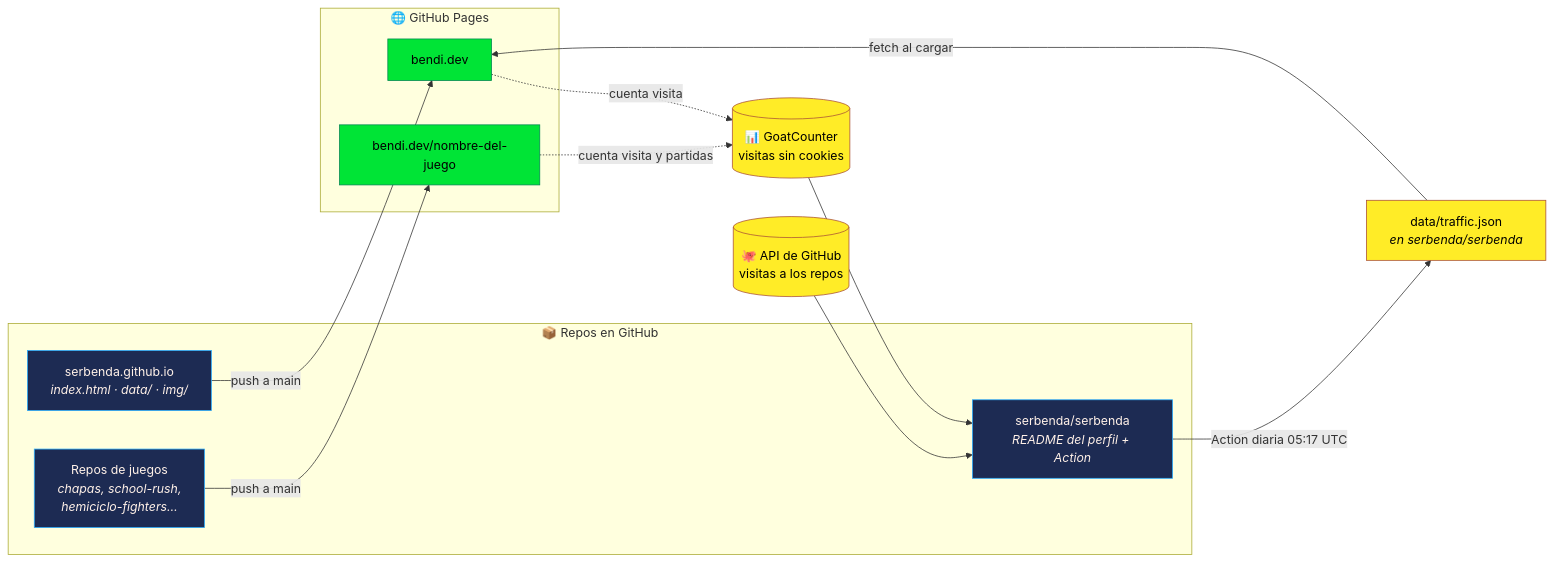
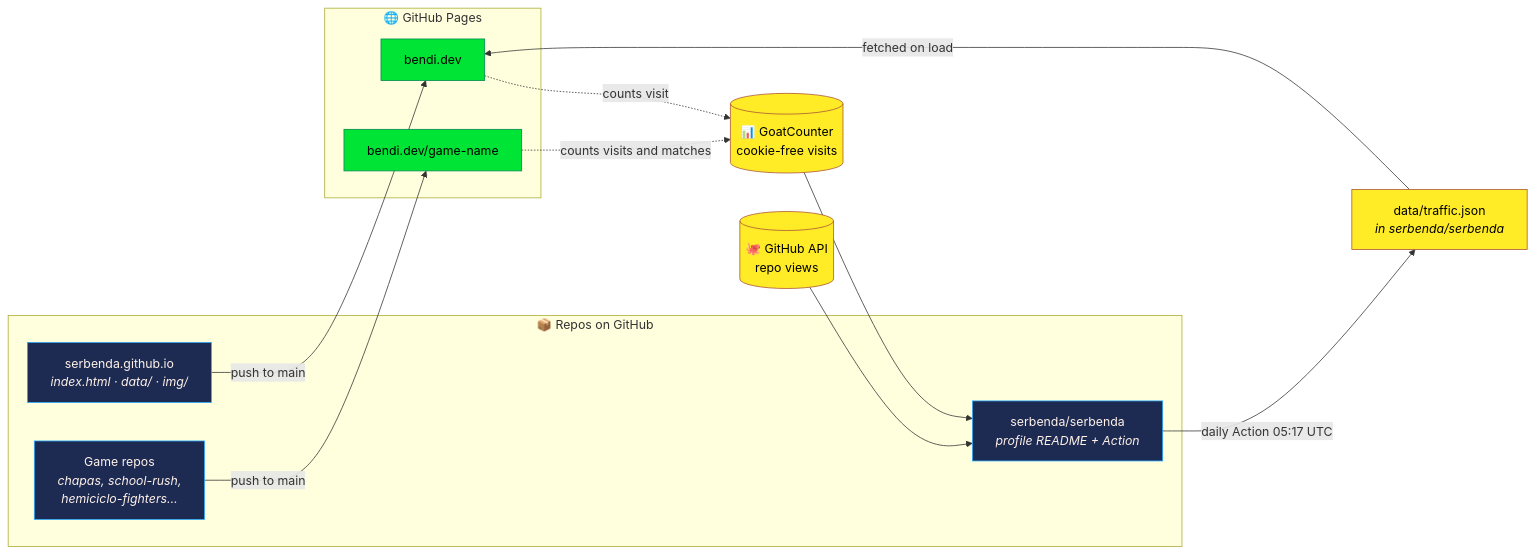
One commit to serbenda/serbenda.github.io changed the first of 2 diagrams in README.md. Above: the diagram before and after it, drawn with Mermaid. The commit also changed other lines of this file, not shown here.

````diff
--- a/README.md
+++ b/README.md
@@ -58,33 +58,33 @@
 ```mermaid
 flowchart LR
-    subgraph REPOS["📦 Repos en GitHub"]
+    subgraph REPOS["📦 Repos on GitHub"]
         WEB["serbenda.github.io<br/><i>index.html · data/ · img/</i>"]
-        PERFIL["serbenda/serbenda<br/><i>README del perfil + Action</i>"]
-        JUEGOS["Repos de juegos<br/><i>chapas, school-rush,<br/>hemiciclo-fighters…</i>"]
+        PROFILE["serbenda/serbenda<br/><i>profile README + Action</i>"]
+        GAMES["Game repos<br/><i>chapas, school-rush,<br/>hemiciclo-fighters…</i>"]
     end
 
     subgraph PAGES["🌐 GitHub Pages"]
-        RAIZ["bendi.dev"]
-        SUB["bendi.dev/nombre-del-juego"]
+        ROOT["bendi.dev"]
+        SUB["bendi.dev/game-name"]
     end
 
-    GC[("📊 GoatCounter<br/>visitas sin cookies")]
-    API[("🐙 API de GitHub<br/>visitas a los repos")]
-    TRAFFIC["data/traffic.json<br/><i>en serbenda/serbenda</i>"]
+    GC[("📊 GoatCounter<br/>cookie-free visits")]
+    API[("🐙 GitHub API<br/>repo views")]
+    TRAFFIC["data/traffic.json<br/><i>in serbenda/serbenda</i>"]
 
-    WEB -- "push a main" --> RAIZ
-    JUEGOS -- "push a main" --> SUB
-    RAIZ -. "cuenta visita" .-> GC
-    SUB -. "cuenta visita y partidas" .-> GC
-    PERFIL -- "Action diaria 05:17 UTC" --> TRAFFIC
-    GC --> PERFIL
-    API --> PERFIL
-    TRAFFIC -- "fetch al cargar" --> RAIZ
+    WEB -- "push to main" --> ROOT
+    GAMES -- "push to main" --> SUB
+    ROOT -. "counts visit" .-> GC
+    SUB -. "counts visits and matches" .-> GC
+    PROFILE -- "daily Action 05:17 UTC" --> TRAFFIC
+    GC --> PROFILE
+    API --> PROFILE
+    TRAFFIC -- "fetched on load" --> ROOT
 
     classDef repo fill:#1d2b53,stroke:#29adff,color:#fff1e8
     classDef page fill:#00e436,stroke:#008751,color:#000
     classDef data fill:#ffec27,stroke:#ab5236,color:#000
-    class WEB,PERFIL,JUEGOS repo
-    class RAIZ,SUB page
+    class WEB,PROFILE,GAMES repo
+    class ROOT,SUB page
     class GC,API,TRAFFIC data
 ```
````
